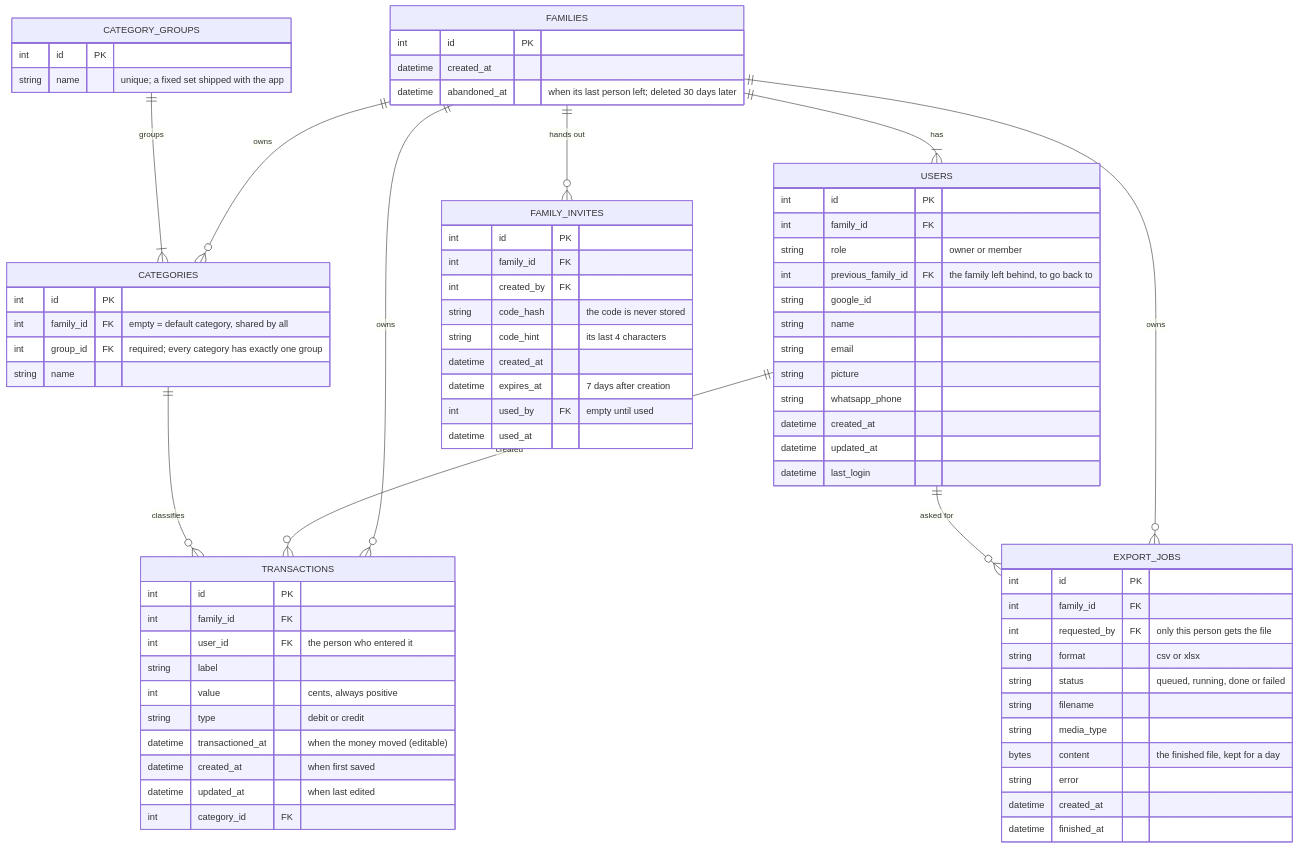
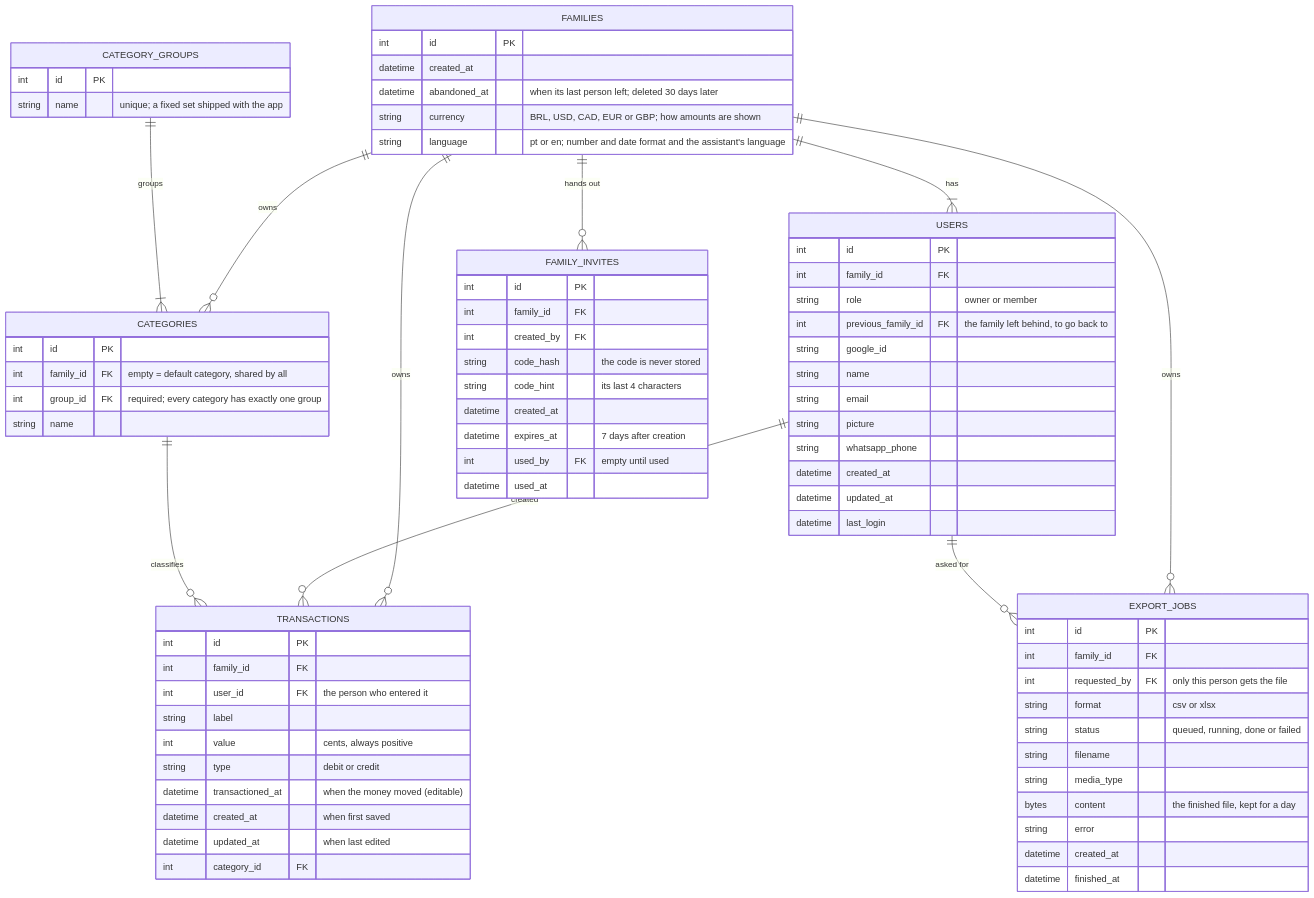
One commit to lucabattesini/money-budget changed the second of 4 diagrams in docs/SYSTEM_DESIGN.md. Above: the diagram before and after it, drawn with Mermaid. The commit also changed other lines of this file and 45 other files, not shown here.

First line of the commit message:
MB-0021 feat: let a family choose its currency and language

````diff
--- a/docs/SYSTEM_DESIGN.md
+++ b/docs/SYSTEM_DESIGN.md
@@ -198,80 +198,82 @@
 ```mermaid
 erDiagram
     FAMILIES {
         int id PK
         datetime created_at
         datetime abandoned_at "when its last person left; deleted 30 days later"
+        string currency "BRL, USD, CAD, EUR or GBP; how amounts are shown"
+        string language "pt or en; number and date format and the assistant's language"
     }
     USERS {
         int id PK
         int family_id FK
         string role "owner or member"
         int previous_family_id FK "the family left behind, to go back to"
         string google_id
         string name
         string email
         string picture
         string whatsapp_phone
         datetime created_at
         datetime updated_at
         datetime last_login
     }
     CATEGORY_GROUPS {
         int id PK
         string name "unique; a fixed set shipped with the app"
     }
     CATEGORIES {
         int id PK
         int family_id FK "empty = default category, shared by all"
         int group_id FK "required; every category has exactly one group"
         string name
     }
     TRANSACTIONS {
         int id PK
         int family_id FK
         int user_id FK "the person who entered it"
         string label
         int value "cents, always positive"
         string type "debit or credit"
         datetime transactioned_at "when the money moved (editable)"
         datetime created_at "when first saved"
         datetime updated_at "when last edited"
         int category_id FK
     }
 
     FAMILY_INVITES {
         int id PK
         int family_id FK
         int created_by FK
         string code_hash "the code is never stored"
         string code_hint "its last 4 characters"
         datetime created_at
         datetime expires_at "7 days after creation"
         int used_by FK "empty until used"
         datetime used_at
     }
 
     EXPORT_JOBS {
         int id PK
         int family_id FK
         int requested_by FK "only this person gets the file"
         string format "csv or xlsx"
         string status "queued, running, done or failed"
         string filename
         string media_type
         bytes content "the finished file, kept for a day"
         string error
         datetime created_at
         datetime finished_at
     }
 
     FAMILIES ||--|{ USERS : "has"
     FAMILIES ||--o{ TRANSACTIONS : "owns"
     FAMILIES ||--o{ CATEGORIES : "owns"
     FAMILIES ||--o{ EXPORT_JOBS : "owns"
     FAMILIES ||--o{ FAMILY_INVITES : "hands out"
     USERS ||--o{ TRANSACTIONS : "created"
     USERS ||--o{ EXPORT_JOBS : "asked for"
     CATEGORY_GROUPS ||--|{ CATEGORIES : "groups"
     CATEGORIES ||--o{ TRANSACTIONS : "classifies"
 ```
````
